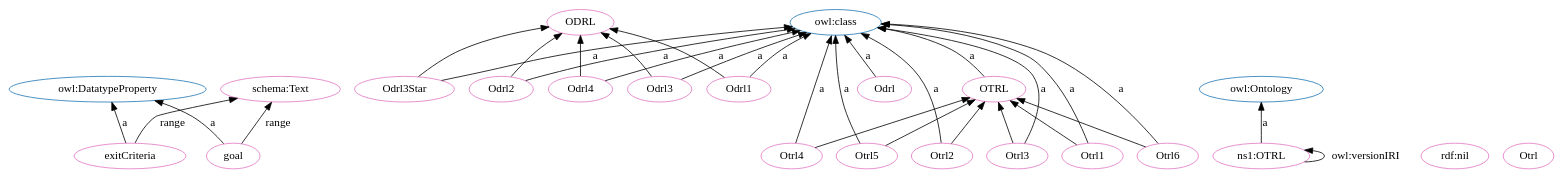
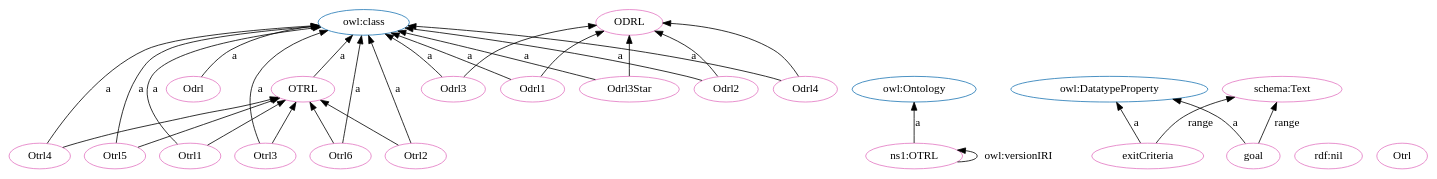
The diagram in OTRL.dot (OPEN-NEXT/OKH-LOSH), drawn with Graphviz before and after one commit. The commit also changed other lines of this file and 15 other files, not shown here.

```diff
--- a/OTRL.dot
+++ b/OTRL.dot
@@ -1,59 +1,59 @@
 digraph G {
   rankdir=BT
   node[height=.3]
+"http://purl.org/oseg/ontologies/OTRL#OTRL" [fillcolor="#1f77b4" color="#1f77b4" label="OTRL"]
+"http://purl.org/oseg/ontologies/OTRL#ODRL" [fillcolor="#1f77b4" color="#1f77b4" label="ODRL"]
+"http://www.w3.org/2002/07/owl#class" [fillcolor="#1f77b4" color="#1f77b4" label="owl:class"]
+"http://www.w3.org/2002/07/owl#Ontology" [fillcolor="#1f77b4" color="#1f77b4" label="owl:Ontology"]
 "http://www.w3.org/2002/07/owl#DatatypeProperty" [fillcolor="#1f77b4" color="#1f77b4" label="owl:DatatypeProperty"]
-"http://purl.org/oseg/ontologies/OTRL#ODRL" [fillcolor="#1f77b4" color="#1f77b4" label="ODRL"]
-"http://purl.org/oseg/ontologies/OTRL#OTRL" [fillcolor="#1f77b4" color="#1f77b4" label="OTRL"]
-"http://www.w3.org/2002/07/owl#Ontology" [fillcolor="#1f77b4" color="#1f77b4" label="owl:Ontology"]
-"http://www.w3.org/2002/07/owl#class" [fillcolor="#1f77b4" color="#1f77b4" label="owl:class"]
+"http://purl.org/oseg/ontologies/OTRL" [fillcolor="#e377c2" color="#e377c2" label="ns1:OTRL"]
+"http://purl.org/oseg/ontologies/OTRL#ODRL" [fillcolor="#e377c2" color="#e377c2" label="ODRL"]
+"http://purl.org/oseg/ontologies/OTRL#exitCriteria" [fillcolor="#e377c2" color="#e377c2" label="exitCriteria"]
+"http://purl.org/oseg/ontologies/OTRL#goal" [fillcolor="#e377c2" color="#e377c2" label="goal"]
+"http://purl.org/oseg/ontologies/OTRL#OTRL" [fillcolor="#e377c2" color="#e377c2" label="OTRL"]
 "http://purl.org/oseg/ontologies/OTRL#Otrl4" [fillcolor="#e377c2" color="#e377c2" label="Otrl4"]
 "http://purl.org/oseg/ontologies/OTRL#Odrl" [fillcolor="#e377c2" color="#e377c2" label="Odrl"]
-"http://purl.org/oseg/ontologies/OTRL#ODRL" [fillcolor="#e377c2" color="#e377c2" label="ODRL"]
-"http://purl.org/oseg/ontologies/OTRL#Odrl3Star" [fillcolor="#e377c2" color="#e377c2" label="Odrl3Star"]
-"http://purl.org/oseg/ontologies/OTRL#exitCriteria" [fillcolor="#e377c2" color="#e377c2" label="exitCriteria"]
-"http://purl.org/oseg/ontologies/OTRL#Odrl2" [fillcolor="#e377c2" color="#e377c2" label="Odrl2"]
 "http://www.w3.org/1999/02/22-rdf-syntax-ns#nil" [fillcolor="#e377c2" color="#e377c2" label="rdf:nil"]
-"http://purl.org/oseg/ontologies/OTRL" [fillcolor="#e377c2" color="#e377c2" label="ns1:OTRL"]
-"http://purl.org/oseg/ontologies/OTRL#Odrl4" [fillcolor="#e377c2" color="#e377c2" label="Odrl4"]
+"http://purl.org/oseg/ontologies/OTRL#Otrl1" [fillcolor="#e377c2" color="#e377c2" label="Otrl1"]
+"http://purl.org/oseg/ontologies/OTRL#Otrl3" [fillcolor="#e377c2" color="#e377c2" label="Otrl3"]
 "http://purl.org/oseg/ontologies/OTRL#Otrl5" [fillcolor="#e377c2" color="#e377c2" label="Otrl5"]
-"http://purl.org/oseg/ontologies/OTRL#OTRL" [fillcolor="#e377c2" color="#e377c2" label="OTRL"]
-"http://purl.org/oseg/ontologies/OTRL#Otrl" [fillcolor="#e377c2" color="#e377c2" label="Otrl"]
 "http://purl.org/oseg/ontologies/OTRL#Odrl3" [fillcolor="#e377c2" color="#e377c2" label="Odrl3"]
 "http://schema.org/Text" [fillcolor="#e377c2" color="#e377c2" label="schema:Text"]
+"http://purl.org/oseg/ontologies/OTRL#Odrl1" [fillcolor="#e377c2" color="#e377c2" label="Odrl1"]
+"http://purl.org/oseg/ontologies/OTRL#Odrl2" [fillcolor="#e377c2" color="#e377c2" label="Odrl2"]
+"http://purl.org/oseg/ontologies/OTRL#Otrl6" [fillcolor="#e377c2" color="#e377c2" label="Otrl6"]
+"http://purl.org/oseg/ontologies/OTRL#Odrl3Star" [fillcolor="#e377c2" color="#e377c2" label="Odrl3Star"]
+"http://purl.org/oseg/ontologies/OTRL#Odrl4" [fillcolor="#e377c2" color="#e377c2" label="Odrl4"]
+"http://purl.org/oseg/ontologies/OTRL#Otrl" [fillcolor="#e377c2" color="#e377c2" label="Otrl"]
 "http://purl.org/oseg/ontologies/OTRL#Otrl2" [fillcolor="#e377c2" color="#e377c2" label="Otrl2"]
-"http://purl.org/oseg/ontologies/OTRL#Otrl3" [fillcolor="#e377c2" color="#e377c2" label="Otrl3"]
-"http://purl.org/oseg/ontologies/OTRL#goal" [fillcolor="#e377c2" color="#e377c2" label="goal"]
-"http://purl.org/oseg/ontologies/OTRL#Odrl1" [fillcolor="#e377c2" color="#e377c2" label="Odrl1"]
-"http://purl.org/oseg/ontologies/OTRL#Otrl1" [fillcolor="#e377c2" color="#e377c2" label="Otrl1"]
-"http://purl.org/oseg/ontologies/OTRL#Otrl6" [fillcolor="#e377c2" color="#e377c2" label="Otrl6"]
-  "http://purl.org/oseg/ontologies/OTRL#Otrl4" -> "http://www.w3.org/2002/07/owl#class" [label="a"]
-  "http://purl.org/oseg/ontologies/OTRL#Odrl4" -> "http://purl.org/oseg/ontologies/OTRL#ODRL" [label=""]
-  "http://purl.org/oseg/ontologies/OTRL#exitCriteria" -> "http://www.w3.org/2002/07/owl#DatatypeProperty" [label="a"]
-  "http://purl.org/oseg/ontologies/OTRL#Odrl2" -> "http://www.w3.org/2002/07/owl#class" [label="a"]
+  "http://purl.org/oseg/ontologies/OTRL#Otrl1" -> "http://purl.org/oseg/ontologies/OTRL#OTRL" [label=""]
+  "http://purl.org/oseg/ontologies/OTRL#Otrl5" -> "http://purl.org/oseg/ontologies/OTRL#OTRL" [label=""]
+  "http://purl.org/oseg/ontologies/OTRL#Odrl3" -> "http://purl.org/oseg/ontologies/OTRL#ODRL" [label=""]
+  "http://purl.org/oseg/ontologies/OTRL#Otrl1" -> "http://www.w3.org/2002/07/owl#class" [label="a"]
+  "http://purl.org/oseg/ontologies/OTRL#Otrl5" -> "http://www.w3.org/2002/07/owl#class" [label="a"]
+  "http://purl.org/oseg/ontologies/OTRL#Odrl2" -> "http://purl.org/oseg/ontologies/OTRL#ODRL" [label=""]
+  "http://purl.org/oseg/ontologies/OTRL#Odrl1" -> "http://www.w3.org/2002/07/owl#class" [label="a"]
   "http://purl.org/oseg/ontologies/OTRL" -> "http://www.w3.org/2002/07/owl#Ontology" [label="a"]
+  "http://purl.org/oseg/ontologies/OTRL#OTRL" -> "http://www.w3.org/2002/07/owl#class" [label="a"]
   "http://purl.org/oseg/ontologies/OTRL#Odrl4" -> "http://www.w3.org/2002/07/owl#class" [label="a"]
-  "http://purl.org/oseg/ontologies/OTRL#Otrl5" -> "http://purl.org/oseg/ontologies/OTRL#OTRL" [label=""]
-  "http://purl.org/oseg/ontologies/OTRL#Otrl6" -> "http://purl.org/oseg/ontologies/OTRL#OTRL" [label=""]
-  "http://purl.org/oseg/ontologies/OTRL#Otrl1" -> "http://purl.org/oseg/ontologies/OTRL#OTRL" [label=""]
-  "http://purl.org/oseg/ontologies/OTRL#Odrl3" -> "http://www.w3.org/2002/07/owl#class" [label="a"]
-  "http://purl.org/oseg/ontologies/OTRL#Otrl2" -> "http://www.w3.org/2002/07/owl#class" [label="a"]
   "http://purl.org/oseg/ontologies/OTRL#Otrl4" -> "http://purl.org/oseg/ontologies/OTRL#OTRL" [label=""]
-  "http://purl.org/oseg/ontologies/OTRL#Otrl3" -> "http://purl.org/oseg/ontologies/OTRL#OTRL" [label=""]
   "http://purl.org/oseg/ontologies/OTRL#Otrl2" -> "http://purl.org/oseg/ontologies/OTRL#OTRL" [label=""]
   "http://purl.org/oseg/ontologies/OTRL" -> "http://purl.org/oseg/ontologies/OTRL" [label="owl:versionIRI"]
   "http://purl.org/oseg/ontologies/OTRL#Odrl3Star" -> "http://purl.org/oseg/ontologies/OTRL#ODRL" [label=""]
+  "http://purl.org/oseg/ontologies/OTRL#exitCriteria" -> "http://www.w3.org/2002/07/owl#DatatypeProperty" [label="a"]
+  "http://purl.org/oseg/ontologies/OTRL#goal" -> "http://www.w3.org/2002/07/owl#DatatypeProperty" [label="a"]
+  "http://purl.org/oseg/ontologies/OTRL#Otrl3" -> "http://purl.org/oseg/ontologies/OTRL#OTRL" [label=""]
+  "http://purl.org/oseg/ontologies/OTRL#Otrl4" -> "http://www.w3.org/2002/07/owl#class" [label="a"]
+  "http://purl.org/oseg/ontologies/OTRL#Otrl6" -> "http://purl.org/oseg/ontologies/OTRL#OTRL" [label=""]
   "http://purl.org/oseg/ontologies/OTRL#Odrl" -> "http://www.w3.org/2002/07/owl#class" [label="a"]
+  "http://purl.org/oseg/ontologies/OTRL#Otrl3" -> "http://www.w3.org/2002/07/owl#class" [label="a"]
+  "http://purl.org/oseg/ontologies/OTRL#Odrl3" -> "http://www.w3.org/2002/07/owl#class" [label="a"]
+  "http://purl.org/oseg/ontologies/OTRL#exitCriteria" -> "http://schema.org/Text" [label="range"]
+  "http://purl.org/oseg/ontologies/OTRL#goal" -> "http://schema.org/Text" [label="range"]
+  "http://purl.org/oseg/ontologies/OTRL#Odrl4" -> "http://purl.org/oseg/ontologies/OTRL#ODRL" [label=""]
+  "http://purl.org/oseg/ontologies/OTRL#Odrl2" -> "http://www.w3.org/2002/07/owl#class" [label="a"]
+  "http://purl.org/oseg/ontologies/OTRL#Otrl6" -> "http://www.w3.org/2002/07/owl#class" [label="a"]
   "http://purl.org/oseg/ontologies/OTRL#Odrl3Star" -> "http://www.w3.org/2002/07/owl#class" [label="a"]
-  "http://purl.org/oseg/ontologies/OTRL#Otrl5" -> "http://www.w3.org/2002/07/owl#class" [label="a"]
-  "http://purl.org/oseg/ontologies/OTRL#OTRL" -> "http://www.w3.org/2002/07/owl#class" [label="a"]
+  "http://purl.org/oseg/ontologies/OTRL#Otrl2" -> "http://www.w3.org/2002/07/owl#class" [label="a"]
   "http://purl.org/oseg/ontologies/OTRL#Odrl1" -> "http://purl.org/oseg/ontologies/OTRL#ODRL" [label=""]
-  "http://purl.org/oseg/ontologies/OTRL#exitCriteria" -> "http://schema.org/Text" [label="range"]
-  "http://purl.org/oseg/ontologies/OTRL#Otrl3" -> "http://www.w3.org/2002/07/owl#class" [label="a"]
-  "http://purl.org/oseg/ontologies/OTRL#Odrl2" -> "http://purl.org/oseg/ontologies/OTRL#ODRL" [label=""]
-  "http://purl.org/oseg/ontologies/OTRL#goal" -> "http://www.w3.org/2002/07/owl#DatatypeProperty" [label="a"]
-  "http://purl.org/oseg/ontologies/OTRL#Odrl3" -> "http://purl.org/oseg/ontologies/OTRL#ODRL" [label=""]
-  "http://purl.org/oseg/ontologies/OTRL#goal" -> "http://schema.org/Text" [label="range"]
-  "http://purl.org/oseg/ontologies/OTRL#Odrl1" -> "http://www.w3.org/2002/07/owl#class" [label="a"]
-  "http://purl.org/oseg/ontologies/OTRL#Otrl1" -> "http://www.w3.org/2002/07/owl#class" [label="a"]
-  "http://purl.org/oseg/ontologies/OTRL#Otrl6" -> "http://www.w3.org/2002/07/owl#class" [label="a"]
 }
```
